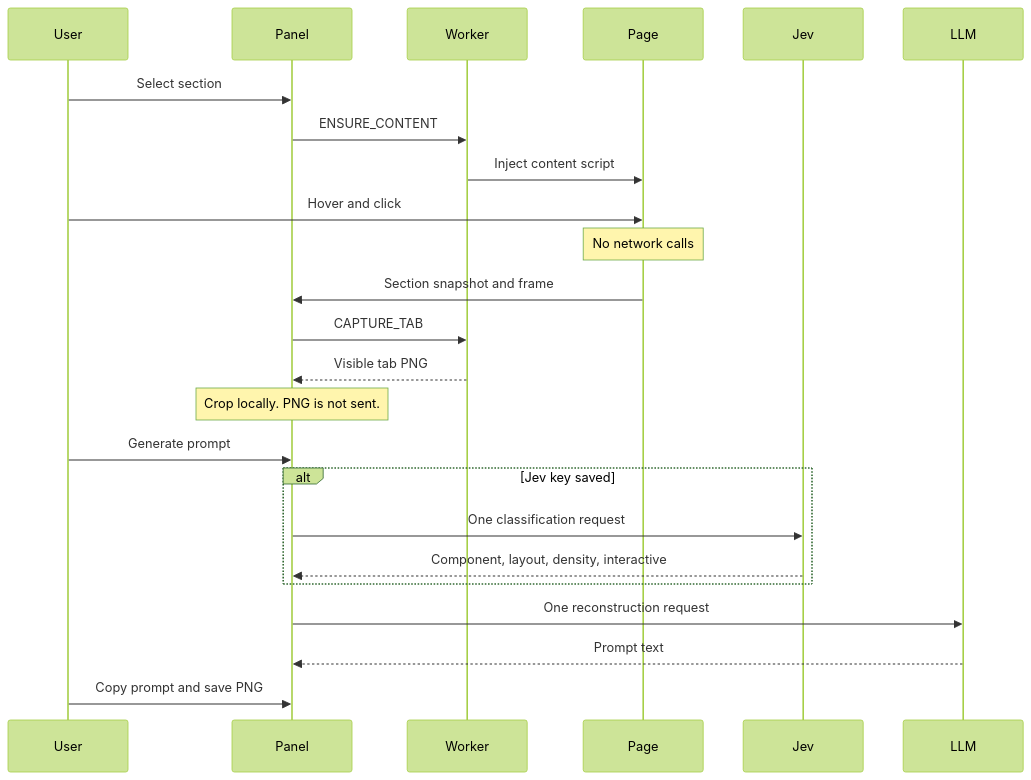
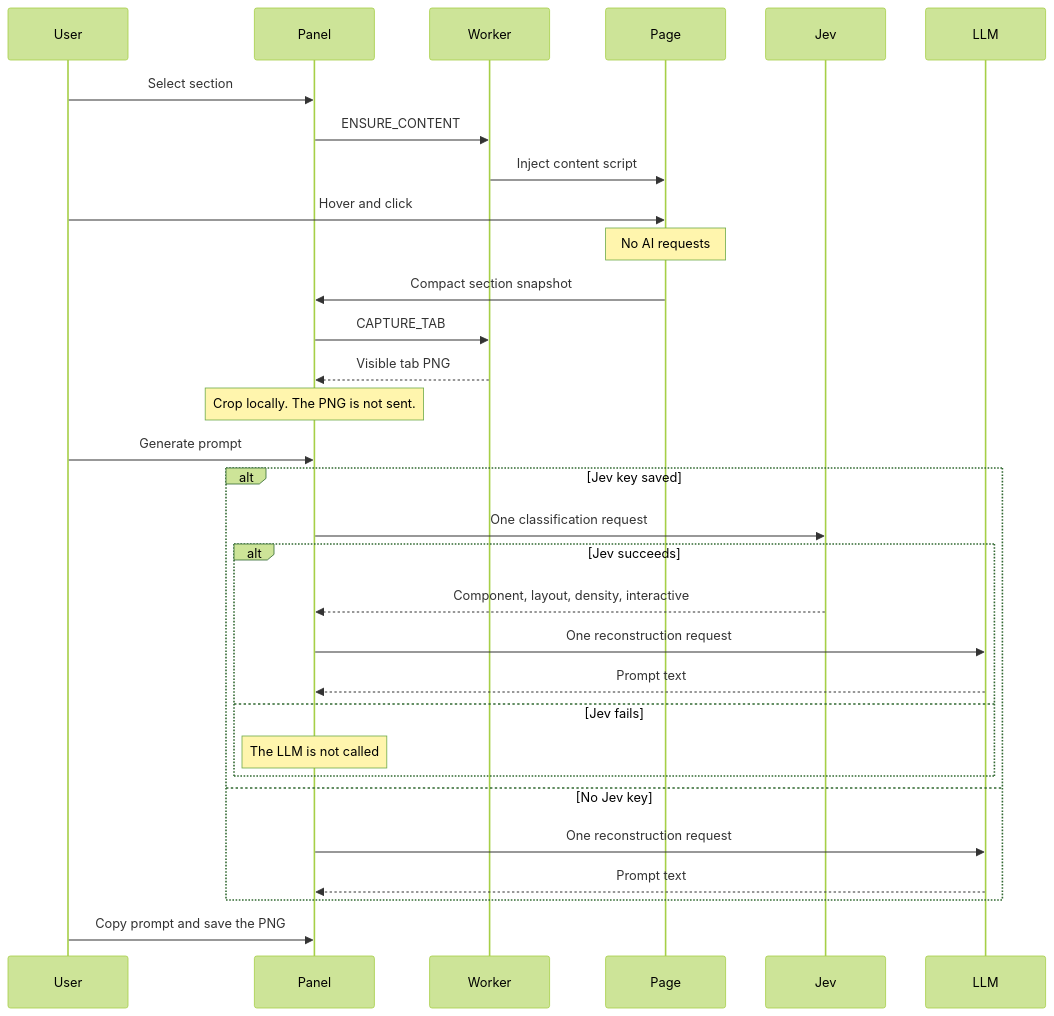
One commit to RadhikaSoni7/Pixel2Prompt changed the diagram in diagrams/sequence.mmd. Above: the diagram before and after it, drawn with Mermaid (forest theme). The commit also changed 8 other files, not shown here.

```diff
--- a/diagrams/sequence.mmd
+++ b/diagrams/sequence.mmd
@@ -1,25 +1,32 @@
 sequenceDiagram
   participant User
   participant Panel
   participant Worker
   participant Page
   participant Jev
   participant LLM
 
   User->>Panel: Select section
   Panel->>Worker: ENSURE_CONTENT
   Worker->>Page: Inject content script
   User->>Page: Hover and click
-  Note over Page: No network calls
-  Page->>Panel: Section snapshot and frame
+  Note over Page: No AI requests
+  Page->>Panel: Compact section snapshot
   Panel->>Worker: CAPTURE_TAB
   Worker-->>Panel: Visible tab PNG
-  Note over Panel: Crop locally. PNG is not sent.
+  Note over Panel: Crop locally. The PNG is not sent.
   User->>Panel: Generate prompt
   alt Jev key saved
     Panel->>Jev: One classification request
-    Jev-->>Panel: Component, layout, density, interactive
+    alt Jev succeeds
+      Jev-->>Panel: Component, layout, density, interactive
+      Panel->>LLM: One reconstruction request
+      LLM-->>Panel: Prompt text
+    else Jev fails
+      Note over Panel: The LLM is not called
+    end
+  else No Jev key
+    Panel->>LLM: One reconstruction request
+    LLM-->>Panel: Prompt text
   end
-  Panel->>LLM: One reconstruction request
-  LLM-->>Panel: Prompt text
-  User->>Panel: Copy prompt and save PNG
+  User->>Panel: Copy prompt and save the PNG
```
